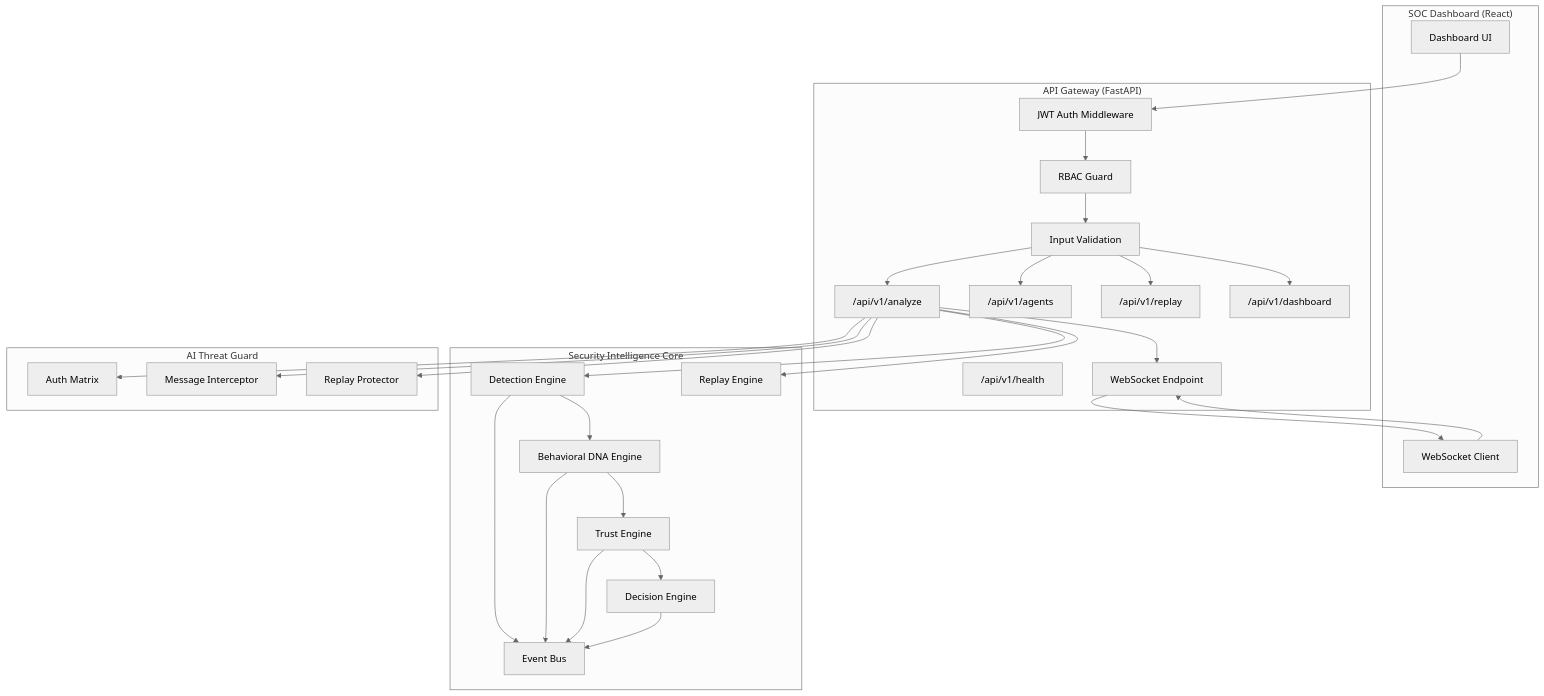
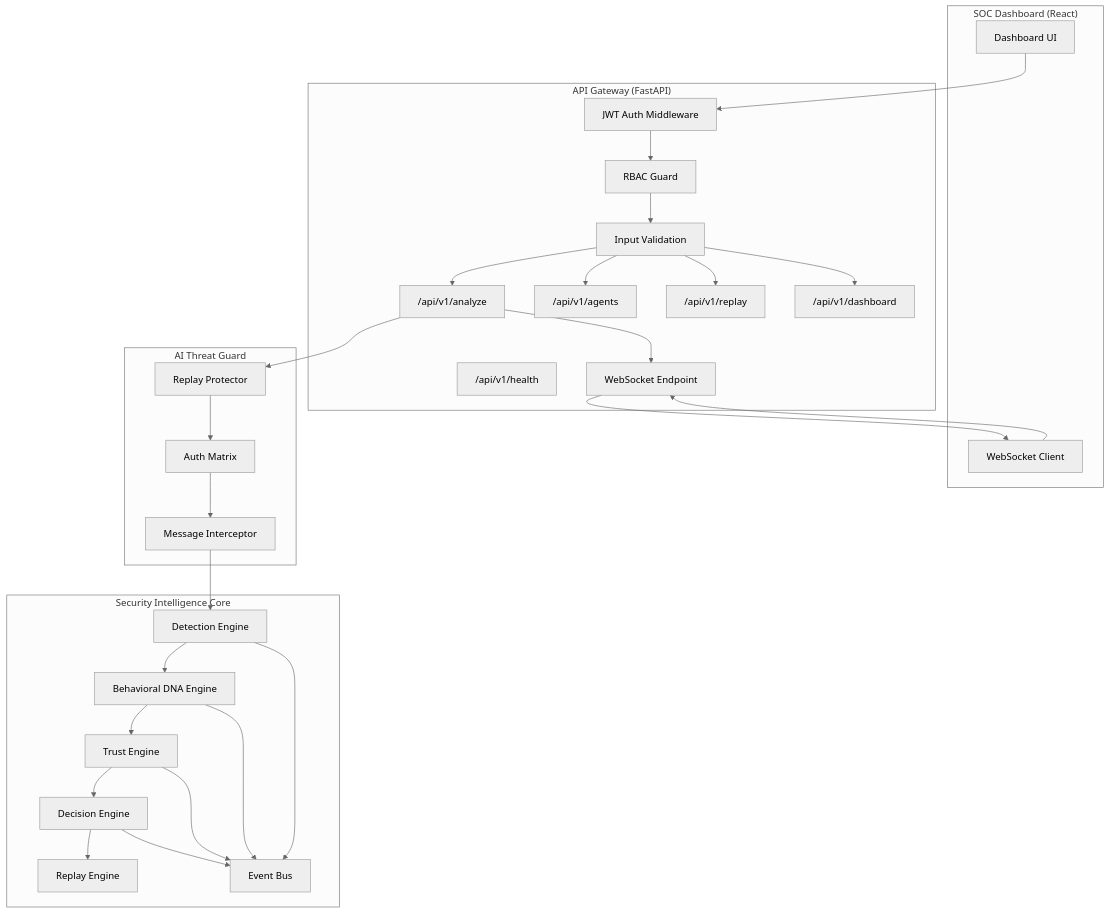
One commit to Ankit2429/AgentShield changed the first of 2 diagrams in README.md. Above: the diagram before and after it, drawn with Mermaid (neutral theme). The commit also changed other lines of this file and 12 other files, not shown here.

Commit message:
docs/backend: relocate security check boundaries, reorder trust recording post-decision, align all unit/integration tests, and update README system diagrams

````diff
--- a/README.md
+++ b/README.md
@@ -73,55 +78,52 @@
 ```mermaid
 graph TB
     subgraph Frontend["SOC Dashboard (React)"]
         UI[Dashboard UI]
         WS_CLIENT[WebSocket Client]
     end
 
     subgraph API["API Gateway (FastAPI)"]
         AUTH[JWT Auth Middleware]
         RBAC[RBAC Guard]
         VALIDATE[Input Validation]
         ANALYZE["/api/v1/analyze"]
         AGENTS["/api/v1/agents"]
         REPLAY_API["/api/v1/replay"]
         DASH["/api/v1/dashboard"]
         HEALTH["/api/v1/health"]
         WS_EP[WebSocket Endpoint]
     end
 
     subgraph Core["Security Intelligence Core"]
         DET["Detection Engine"]
         DNA["Behavioral DNA Engine"]
         TRUST["Trust Engine"]
         DEC["Decision Engine"]
         REPLAY["Replay Engine"]
         EVENTS["Event Bus"]
     end
 
     subgraph Guard["AI Threat Guard"]
         MATRIX["Auth Matrix"]
         INTERCEPT["Message Interceptor"]
         RP["Replay Protector"]
     end
 
     UI --> AUTH
     WS_CLIENT --> WS_EP
     AUTH --> RBAC --> VALIDATE
     VALIDATE --> ANALYZE
     VALIDATE --> AGENTS
     VALIDATE --> REPLAY_API
     VALIDATE --> DASH
 
-    ANALYZE --> RP
-    ANALYZE --> MATRIX
-    ANALYZE --> INTERCEPT
-    ANALYZE --> DET --> DNA --> TRUST --> DEC
-    ANALYZE --> REPLAY
+    ANALYZE --> RP --> MATRIX --> INTERCEPT --> DET --> DNA --> TRUST --> DEC
+    DEC --> REPLAY
     DET --> EVENTS
     DNA --> EVENTS
     TRUST --> EVENTS
     DEC --> EVENTS
 
     ANALYZE --> WS_EP
     WS_EP --> WS_CLIENT
 ```
````
